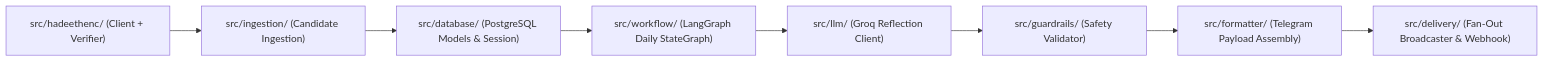
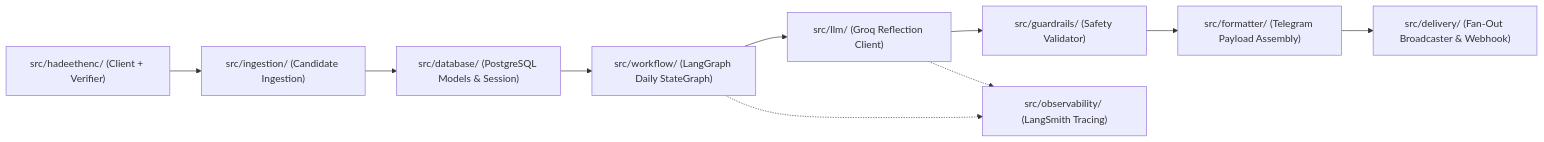
The diagram in src/README.md (Amankhan1009/daily-hadith-ai-agent), drawn with Mermaid before and after one commit. The commit also changed other lines of this file and 6 other files, not shown here.

Commit message:
docs: add comprehensive LangSmith observability guide and update system documentation

````diff
--- a/src/README.md
+++ b/src/README.md
@@ -27,10 +28,12 @@
 ```mermaid
 flowchart LR
     HadeethEnc["src/hadeethenc/ (Client + Verifier)"] --> Ingestion["src/ingestion/ (Candidate Ingestion)"]
     Ingestion --> DB["src/database/ (PostgreSQL Models & Session)"]
     DB --> Workflow["src/workflow/ (LangGraph Daily StateGraph)"]
     Workflow --> LLM["src/llm/ (Groq Reflection Client)"]
     LLM --> Guardrails["src/guardrails/ (Safety Validator)"]
     Guardrails --> Formatter["src/formatter/ (Telegram Payload Assembly)"]
     Formatter --> Delivery["src/delivery/ (Fan-Out Broadcaster & Webhook)"]
+    Workflow -.-> Obs["src/observability/ (LangSmith Tracing)"]
+    LLM -.-> Obs
 ```
````
